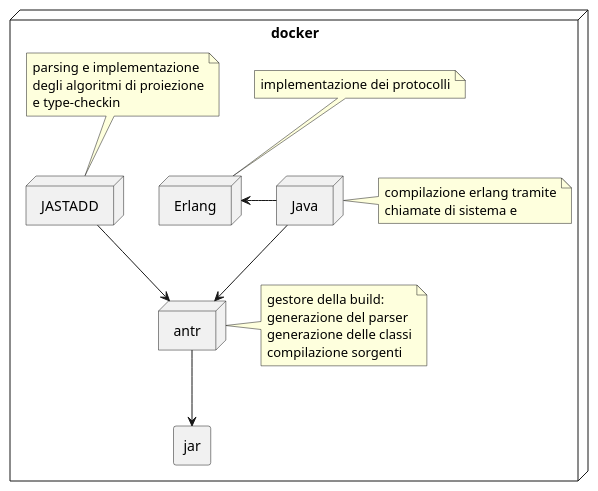
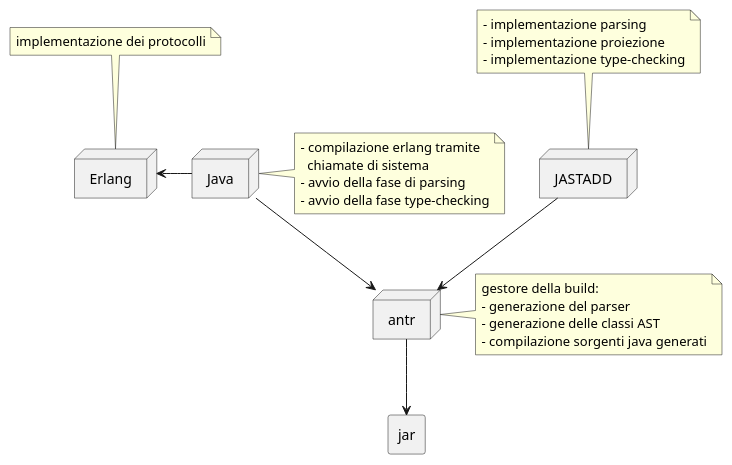
The diagram in UML/Stumenti.puml (20001327/sessiontypechecker), drawn with PlantUML before and after one commit.

Commit message:
strumenti

```diff
--- a/UML/Stumenti.puml
+++ b/UML/Stumenti.puml
@@ -1,52 +1,50 @@
 @startuml
-node docker{
     note as n
         implementazione dei protocolli
     end note
     n-.Erlang
     node Erlang{
 
     }
 
     note as nk
-        parsing e implementazione
-        degli algoritmi di proiezione
-        e type-checkin
+        - implementazione parsing
+        - implementazione proiezione
+        - implementazione type-checking
     end note
     nk-.JASTADD
     node JASTADD{
 
     }
 
     JASTADD --> antr
     note as c
         gestore della build:
-        generazione del parser
-        generazione delle classi
-        compilazione sorgenti
+        - generazione del parser
+        - generazione delle classi AST
+        - compilazione sorgenti java generati
     end note
     antr.c
     node antr{
 
     }
 
     Erlang <- Java
     Java --> antr
 
     note as j
-        compilazione erlang tramite
-        chiamate di sistema e
+        - compilazione erlang tramite
+          chiamate di sistema
+        - avvio della fase di parsing
+        - avvio della fase type-checking
     end note
     Java.j
     node Java{
     }
 
     rectangle jar
     antr --> jar
 
 
 
-
-}
-
 @enduml
```
